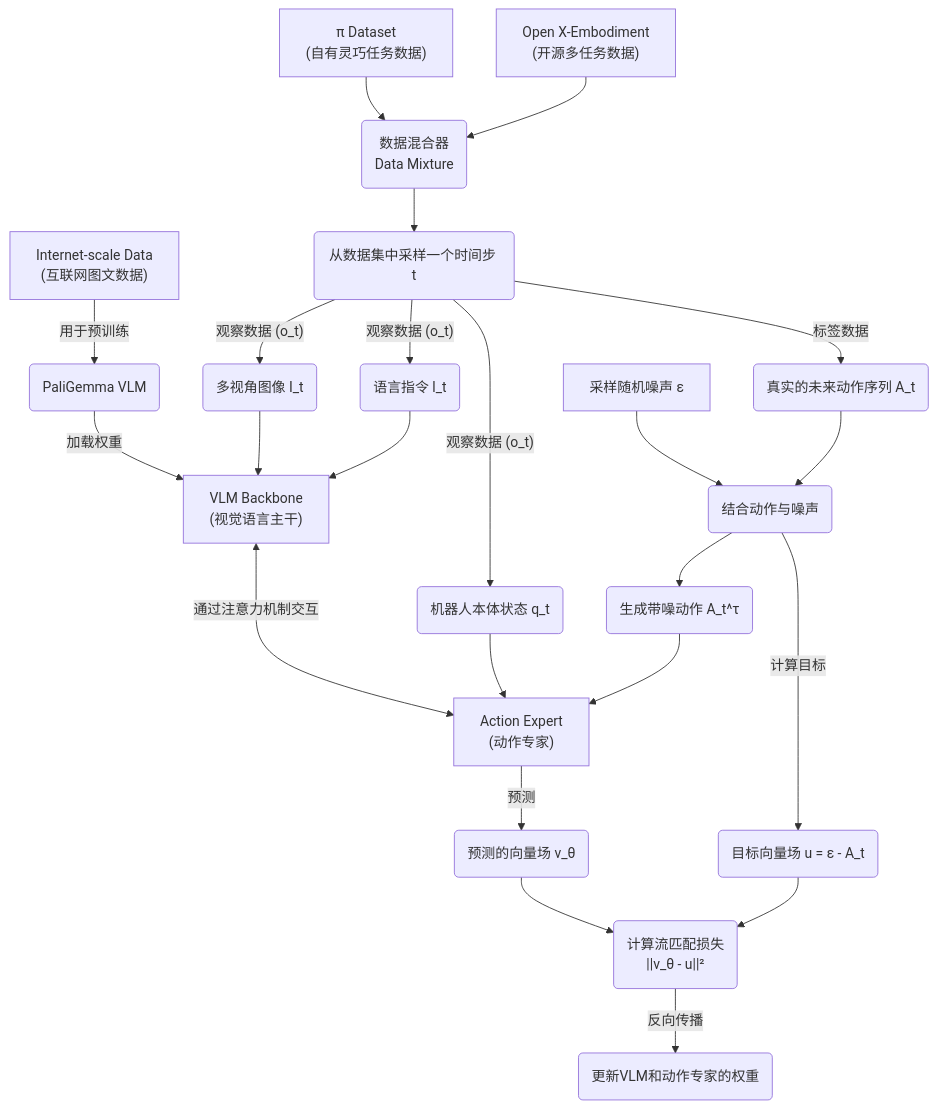
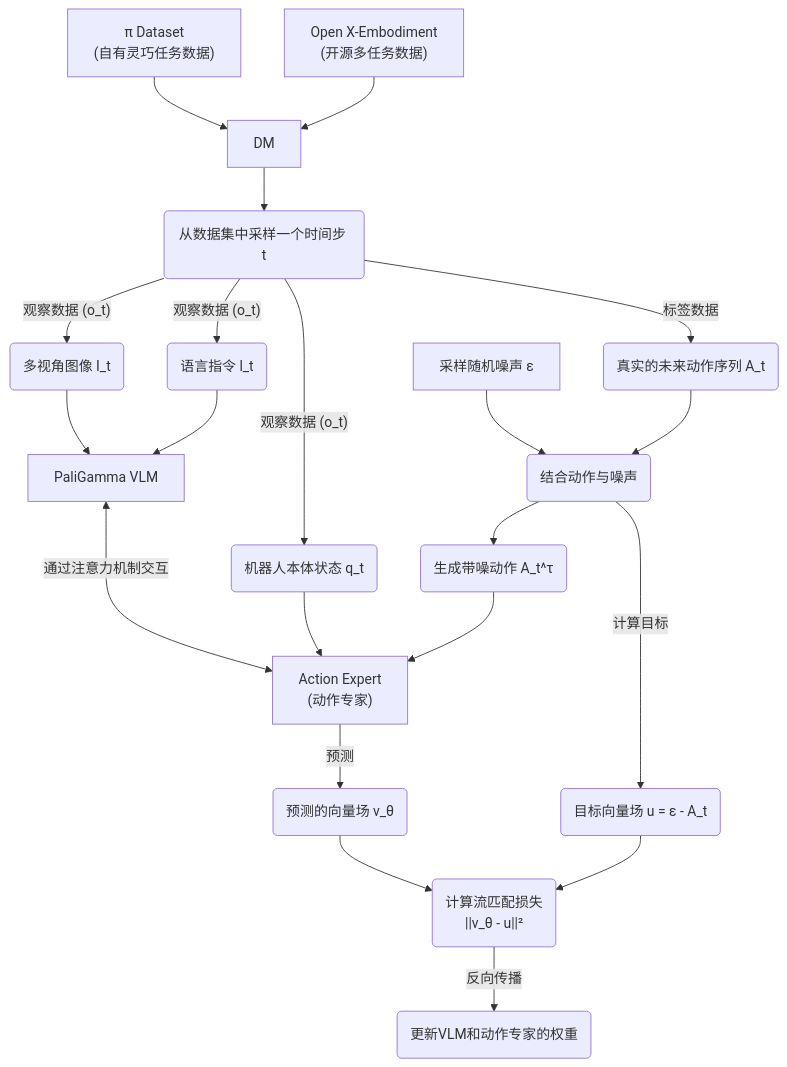
One commit to TropinoneH/knowledge_base changed the second of 3 diagrams in knowledge/paper/pi0.md. Above: the diagram before and after it, drawn with Mermaid. The commit also changed other lines of this file and 18 other files, not shown here.

````diff
--- a/knowledge/paper/pi0.md
+++ b/knowledge/paper/pi0.md
@@ -81,25 +82,23 @@
 ```mermaid
 graph TD
 	PD["π Dataset <br> (自有灵巧任务数据)"]
 	OD["Open X-Embodiment <br> (开源多任务数据)"]
-	ID["Internet-scale Data <br> (互联网图文数据)"]
-	ID -- "用于预训练" --> VLM_Init(PaliGemma VLM)
-	VLM_Init -- "加载权重" --> VLM["VLM Backbone <br> (视觉语言主干)"]
-	PD & OD --> DM("数据混合器 <br> Data Mixture")
+	PD --> DM
+	OD --> DM
 	DM --> Sampled("从数据集中采样一个时间步 t")
 	Sampled -- "观察数据 (o_t)" --> Img("多视角图像 I_t")
 	Sampled -- "观察数据 (o_t)" --> Lang("语言指令 l_t")
 	Sampled -- "观察数据 (o_t)" --> Prop("机器人本体状态 q_t")
 	Sampled -- "标签数据" --> GT_Action("真实的未来动作序列 A_t")
 	GT_Action --> Noise_Proc
 	Noise["采样随机噪声 ε"] --> Noise_Proc(""结合动作与噪声"")
 	Noise_Proc --> Noisy_Action("生成带噪动作 A_t^τ")
 	Noise_Proc -- "计算目标" --> Target_Field("目标向量场 u = ε - A_t")
-	Img & Lang --> VLM
+	Img & Lang --> VLM[PaliGamma VLM]
 	Prop --> AE["Action Expert <br> (动作专家)"]
 	Noisy_Action --> AE
 	VLM -- "通过注意力机制交互" <--> AE
 	AE -- "预测" --> Pred_Field("预测的向量场 v_θ")
 	Pred_Field & Target_Field --> Loss("计算流匹配损失 <br> ||v_θ - u||²")
 	Loss -- "反向传播" --> Update(更新VLM和动作专家的权重)
 ```
````
